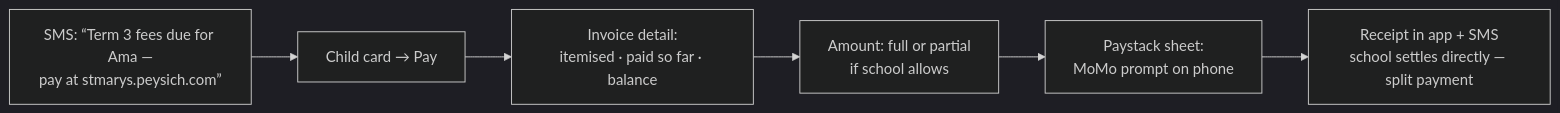
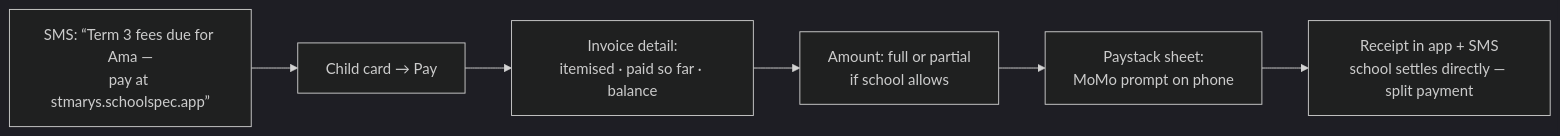
The third of 3 diagrams in docs/10-role-flows.md (ElkanHub/Peysich), drawn with Mermaid (dark theme) before and after one commit. The commit also changed 140 other files, not shown here.

````diff
--- a/docs/10-role-flows.md
+++ b/docs/10-role-flows.md
@@ -217,8 +217,8 @@
 ```mermaid
 flowchart LR
-    A[SMS: “Term 3 fees due for Ama —<br/>pay at stmarys.peysich.com”] --> B[Child card → Pay]
+    A[SMS: “Term 3 fees due for Ama —<br/>pay at stmarys.schoolspec.app”] --> B[Child card → Pay]
     B --> C[Invoice detail:<br/>itemised · paid so far · balance]
     C --> D[Amount: full or partial<br/>if school allows]
     D --> E[Paystack sheet:<br/>MoMo prompt on phone]
     E --> F[Receipt in app + SMS<br/>school settles directly — split payment]
 ```
````
